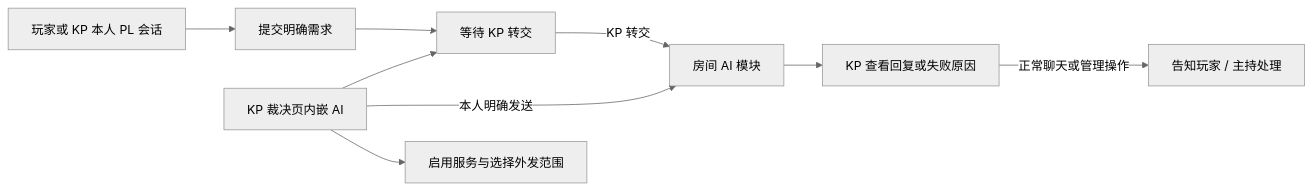
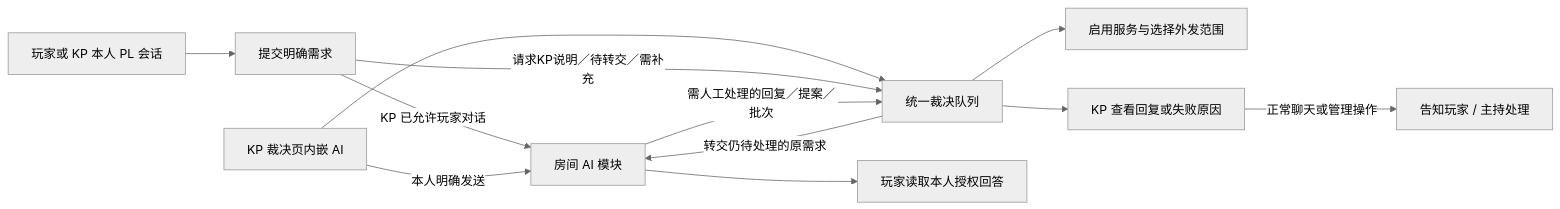
The diagram in rulepacks/stumpsville/docs/current/integrations.md (sd5913/OnlineCOC), drawn with Mermaid (neutral theme) before and after one commit. The commit also changed other lines of this file and 324 other files, not shown here.

````diff
--- a/rulepacks/stumpsville/docs/current/integrations.md
+++ b/rulepacks/stumpsville/docs/current/integrations.md
@@ -24,11 +28,14 @@
 ```mermaid
 flowchart LR
   PL[玩家或 KP 本人 PL 会话] --> SUBMIT[提交明确需求]
-  SUBMIT --> QUEUE[等待 KP 转交]
-  KP[KP 裁决页内嵌 AI] --> SETTINGS[启用服务与选择外发范围]
+  SUBMIT -->|KP 已允许玩家对话| MODEL[房间 AI 模块]
+  KP[KP 裁决页内嵌 AI] --> QUEUE[统一裁决队列]
+  QUEUE --> SETTINGS[启用服务与选择外发范围]
+  SUBMIT -->|请求KP说明／待转交／需补充| QUEUE
   KP -->|本人明确发送| MODEL
-  KP --> QUEUE
-  QUEUE -->|KP 转交| MODEL[房间 AI 模块]
-  MODEL --> REVIEW[KP 查看回复或失败原因]
+  QUEUE -->|转交仍待处理的原需求| MODEL
+  MODEL -->|需人工处理的回复／提案／批次| QUEUE
+  QUEUE --> REVIEW[KP 查看回复或失败原因]
+  MODEL --> SAFE[玩家读取本人授权回答]
   REVIEW -->|正常聊天或管理操作| RESULT[告知玩家 / 主持处理]
 ```
````
